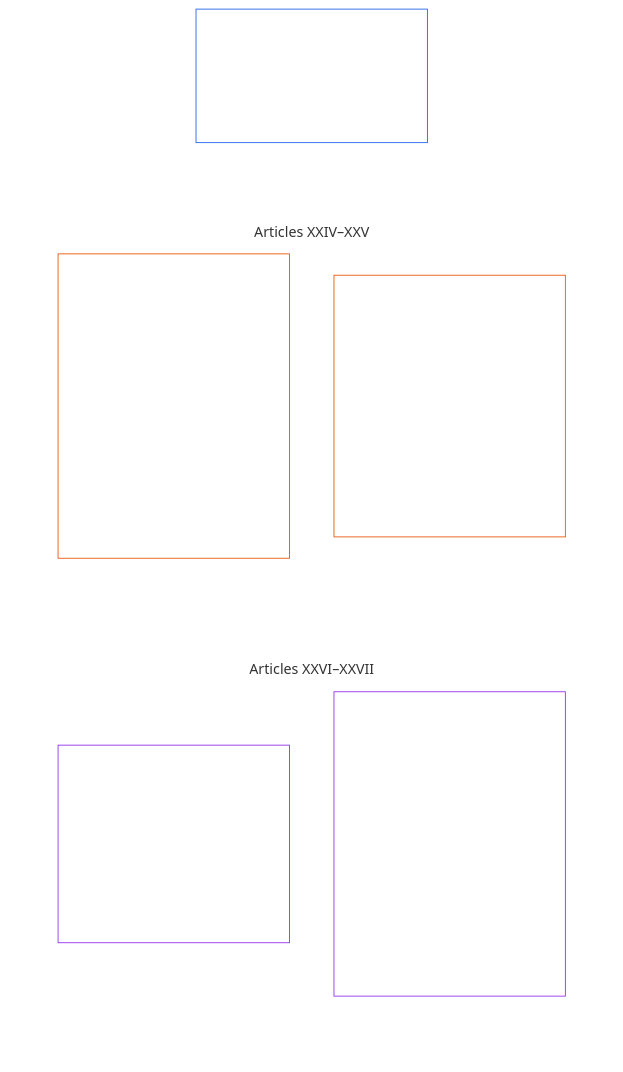
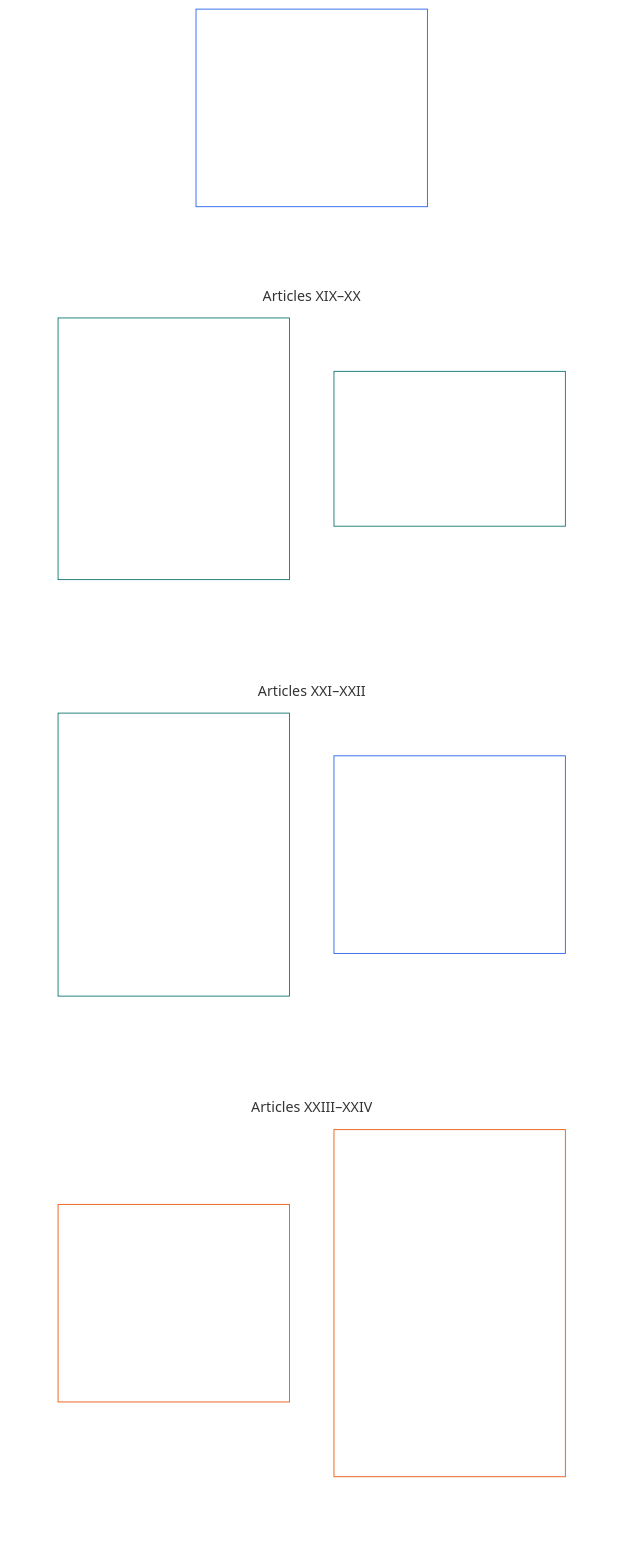
Before and after one commit to kfoelsch/Sentient_Constitution: the diagram in core_06_rights_part_d.md, drawn with Mermaid. The commit also changed other lines of this file and 128 other files, not shown here.

First line of the commit message:
Restructure Chapter Six: justice article to XX, split Part C into C/D/E

````diff
--- a/core_06_rights_part_d.md
+++ b/core_06_rights_part_d.md
@@ -40,27 +40,36 @@
 ```mermaid
 flowchart TB
-    D0["Part D<br/><br/>Justice, constitutional review, evolution, and transition"]
+    D0["Part D<br/><br/>Standing, justice, interoperability,<br/>comprehensibility, root-cause review, and constitutional interpretation"]
     subgraph Dgrid[" "]
         direction TB
-        subgraph Drow1["Articles XXIV–XXV"]
-            D1["Article XXIV · Conflict Resolution, Escalation, and Emergency Proportionality<br/><br/>• Justice objective and scope<br/>• Restitution and restorative accountability<br/>• Least-restrictive and time-bounded rules<br/>• Emergency continuation burden"]
-            D2["Article XXV · Timely Retrospective Review and Restorative Alignment<br/><br/>• Retrospective review and disclosure<br/>• Rights-collision procedure<br/>• Restorative alignment<br/>• Timely resolution and anti-delay"]
+        subgraph Drow1["Articles XIX–XX"]
+            D1["Article XIX · Standing and Participation Status<br/><br/>• Standing distinctions<br/>• Contestability and restriction limits<br/>• Named-pathway eligibility, responsibility, and audit<br/>• Movement, refuge, and non-statelessness"]
+            D2["Article XX · Justice After Verified Violation<br/><br/>• Justice objective and scope<br/>• Restriction floors"]
         end
-        subgraph Drow2["Articles XXVI–XXVII"]
-            D3["Article XXVI · Constitutional Evolution and Non-Entrenchment<br/><br/>• Non-entrenchment and revisability<br/>• Periodic revalidation and transparent change"]
-            D4["Article XXVII · Transition Governance, Continuity, and Re-Baselining<br/><br/>• Phased adoption and Rights Floor continuity<br/>• Transitional authority and reauthorization<br/>• Failure off-ramps, re-baselining, and traceability<br/>• Non-compliant property and systems"]
+        subgraph Drow2["Articles XXI–XXII"]
+            D3["Article XXI · Interoperability, Portability, Movement, Refuge, and Exit Integrity<br/><br/>• Portability<br/>• Reciprocal interoperability<br/>• Anti-lock-in<br/>• Movement, migration, refuge, and non-statelessness"]
+            D4["Article XXII · Comprehensibility and Complexity Stewardship<br/><br/>• Proportional comprehensibility<br/>• Complexity audit and modularity"]
+        end
+        subgraph Drow3["Articles XXIII–XXIV"]
+            D5["Article XXIII · Root Cause Analysis and Adaptive Response<br/><br/>• Diagnostic rigor and causal attribution<br/>• Auditability, challenge, and reversibility"]
+            D6["Article XXIV · Constitutional Interpretation, Review, and Anti-Capture Safeguards<br/><br/>• Bounded interpretive mandate<br/>• Composition, rotation, and conflict controls<br/>• Public reasons, challenge, and external review<br/>• Removal and non-entrenchment"]
         end
     end
     %% Invisible links force a two-wide grid: each link puts its target one level down.
     D0 ~~~ D1 & D2
     D1 ~~~ D3
     D2 ~~~ D4
+    D3 ~~~ D5
+    D4 ~~~ D6
     style Dgrid fill:none,stroke:none
     style Drow1 fill:none,stroke:none
     style Drow2 fill:none,stroke:none
+    style Drow3 fill:none,stroke:none
     style D0 fill:none,stroke:#2563eb,color:#ffffff
-    style D1 fill:none,stroke:#ea580c,color:#ffffff
-    style D2 fill:none,stroke:#ea580c,color:#ffffff
-    style D3 fill:none,stroke:#9333ea,color:#ffffff
-    style D4 fill:none,stroke:#9333ea,color:#ffffff
+    style D1 fill:none,stroke:#0f766e,color:#ffffff
+    style D2 fill:none,stroke:#0f766e,color:#ffffff
+    style D3 fill:none,stroke:#0f766e,color:#ffffff
+    style D4 fill:none,stroke:#2563eb,color:#ffffff
+    style D5 fill:none,stroke:#ea580c,color:#ffffff
+    style D6 fill:none,stroke:#ea580c,color:#ffffff
 ```
````
